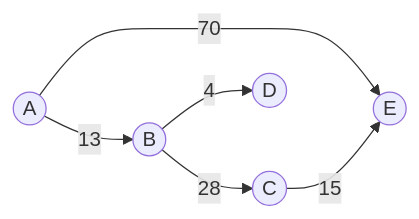
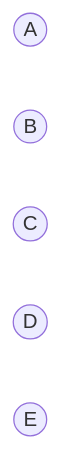
The first of 4 diagrams in DataStructures/Graph/2022-02-13-SPFA最短路.md (dmjcb/SelfBlog), drawn with Mermaid before and after one commit. The commit also changed other lines of this file and 224 other files, not shown here.

````diff
--- a/DataStructures/Graph/2022-02-13-SPFA最短路.md
+++ b/DataStructures/Graph/2022-02-13-SPFA最短路.md
@@ -11,14 +11,9 @@
 ```mermaid
 graph LR
     A((A))
     B((B))
     C((C))
     D((D))
     E((E))
 
-    A --13--> B
-    A --70--> E
-    B --28--> C
-    B --4--> D
-    C --15--> E
 ```
````
